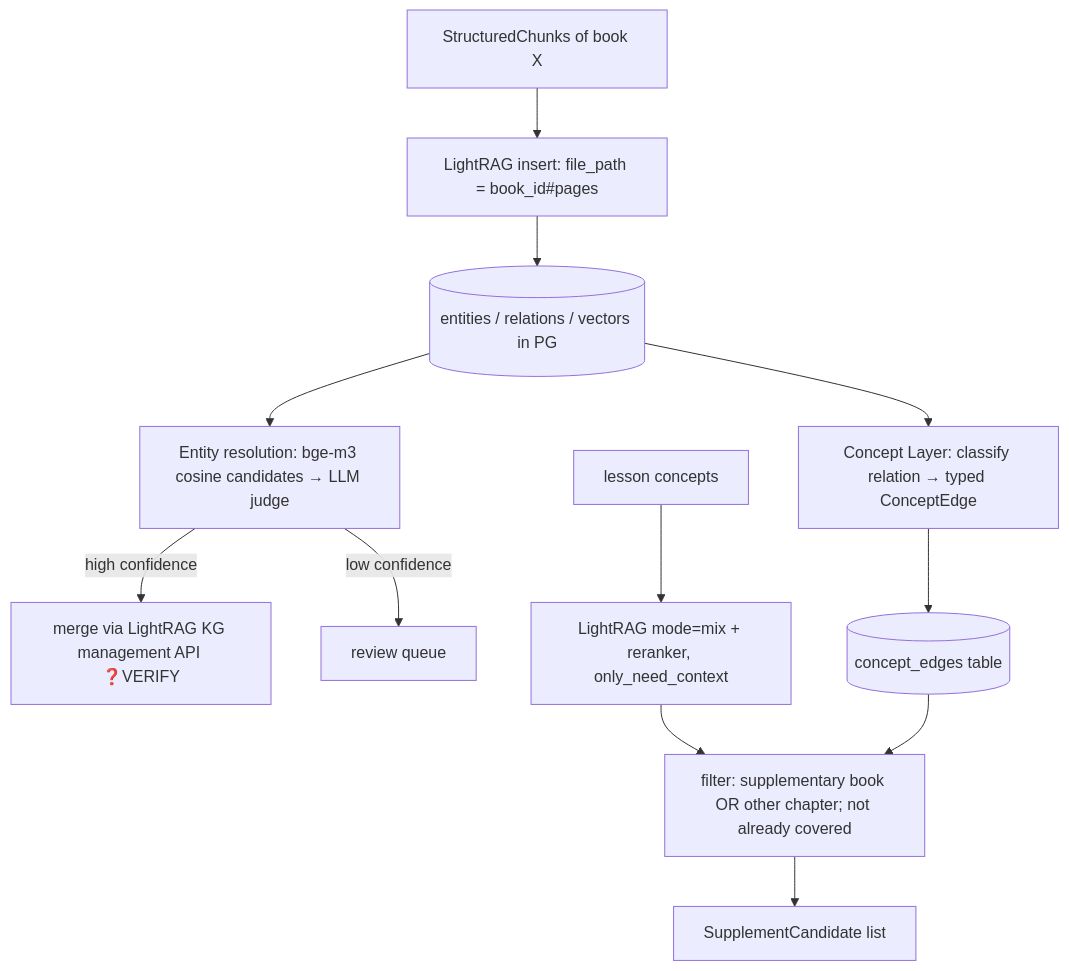
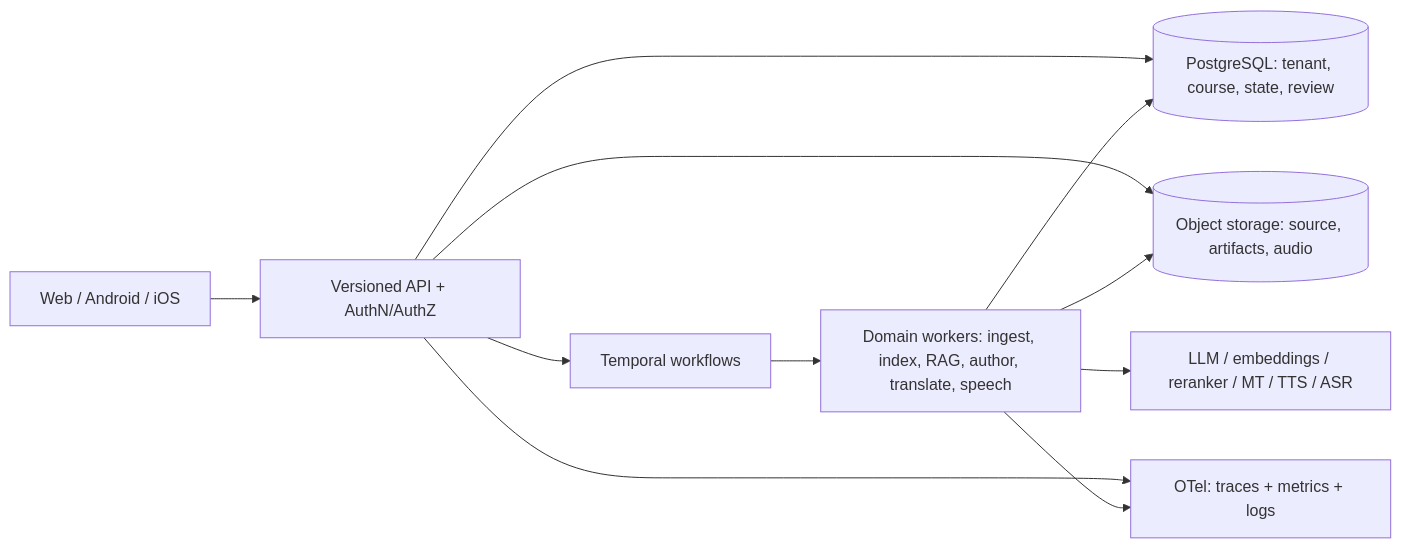
One commit to malekazmy00/books-to-course changed the second of 2 diagrams in docs/01-ARCHITECTURE.md. Above: the diagram before and after it, drawn with Mermaid. The commit also changed other lines of this file and 22 other files, not shown here.

````diff
--- a/docs/01-ARCHITECTURE.md
+++ b/docs/01-ARCHITECTURE.md
@@ -71,14 +94,13 @@
 ```mermaid
-flowchart TB
-  CH[StructuredChunks of book X] --> INS[LightRAG insert: file_path = book_id#pages]
-  INS --> KG[(entities / relations / vectors in PG)]
-  KG --> ER[Entity resolution: bge-m3 cosine candidates → LLM judge]
-  ER -->|high confidence| MERGE[merge via LightRAG KG management API ❓VERIFY]
-  ER -->|low confidence| G1[review queue]
-  KG --> CL[Concept Layer: classify relation → typed ConceptEdge]
-  CL --> CE[(concept_edges table)]
-  Q[lesson concepts] --> RET[LightRAG mode=mix + reranker, only_need_context]
-  RET --> FIL[filter: supplementary book OR other chapter; not already covered]
-  CE --> FIL
-  FIL --> SC[SupplementCandidate list]
+flowchart LR
+  Client[Web / Android / iOS] --> Edge[Versioned API + AuthN/AuthZ]
+  Edge --> DB[(PostgreSQL: tenant, course, state, review)]
+  Edge --> Obj[(Object storage: source, artifacts, audio)]
+  Edge --> T[Temporal workflows]
+  T --> Workers[Domain workers: ingest, index, RAG, author, translate, speech]
+  Workers --> Obj
+  Workers --> DB
+  Workers --> Providers[LLM / embeddings / reranker / MT / TTS / ASR]
+  Edge --> Obs[OTel: traces + metrics + logs]
+  Workers --> Obs
 ```
````
